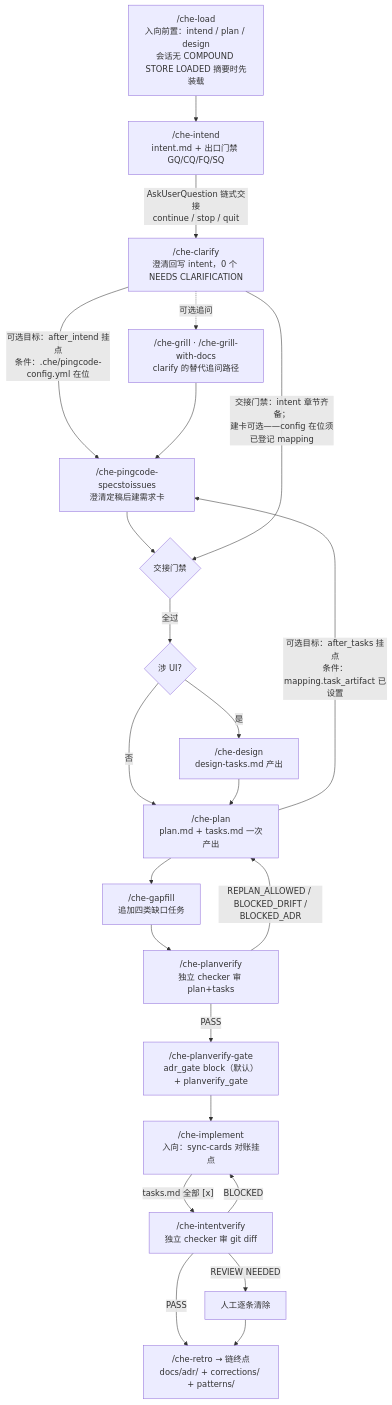
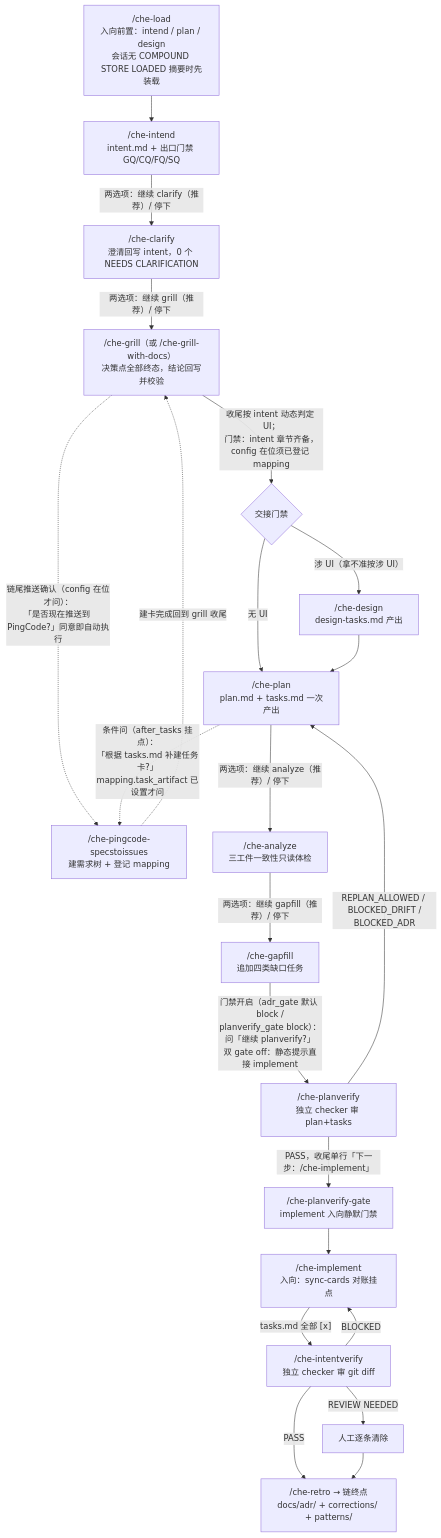
Before and after one commit to HJXArthurAtlas/Delivery-Harness: the diagram in docs/guides/技能交接流程.md, drawn with Mermaid. The commit also changed other lines of this file and 2 other files, not shown here.

Commit message:
docs(guides): 同步链式交互契约与 analyze 主链至三份指南

````diff
--- a/docs/guides/技能交接流程.md
+++ b/docs/guides/技能交接流程.md
@@ -9,24 +9,23 @@
 ```mermaid
 flowchart TD
     LOAD["/che-load<br/>入向前置：intend / plan / design<br/>会话无 COMPOUND STORE LOADED 摘要时先装载"] --> INTEND["/che-intend<br/>intent.md + 出口门禁 GQ/CQ/FQ/SQ"]
-    INTEND -->|"AskUserQuestion 链式交接<br/>continue / stop / quit"| CLARIFY["/che-clarify<br/>澄清回写 intent，0 个 NEEDS CLARIFICATION"]
-    CLARIFY -.->|"可选追问"| GRILL["/che-grill · /che-grill-with-docs<br/>clarify 的替代追问路径"]
-    CLARIFY -->|"可选目标：after_intend 挂点<br/>条件：.che/pingcode-config.yml 在位"| SPECS["/che-pingcode-specstoissues<br/>澄清定稿后建需求卡"]
-    GRILL --> SPECS
-    SPECS --> GA
-    CLARIFY -->|"交接门禁：intent 章节齐备；<br/>建卡可选——config 在位须已登记 mapping"| GA{交接门禁}
-    GA -->|全过| UI{涉 UI?}
-    UI -->|是| DESIGN["/che-design<br/>design-tasks.md 产出"]
-    UI -->|否| PLAN
-    DESIGN --> PLAN["/che-plan<br/>plan.md + tasks.md 一次产出"]
-    PLAN -->|"可选目标：after_tasks 挂点<br/>条件：mapping.task_artifact 已设置"| SPECS
-    PLAN --> GAPFILL["/che-gapfill<br/>追加四类缺口任务"]
-    GAPFILL --> PV["/che-planverify<br/>独立 checker 审 plan+tasks"]
-    PV -->|"PASS"| GATE["/che-planverify-gate<br/>adr_gate block（默认）+ planverify_gate"]
+    INTEND -->|"两选项：继续 clarify（推荐）/ 停下"| CLARIFY["/che-clarify<br/>澄清回写 intent，0 个 NEEDS CLARIFICATION"]
+    CLARIFY -->|"两选项：继续 grill（推荐）/ 停下"| GRILL["/che-grill（或 /che-grill-with-docs）<br/>决策点全部终态，结论回写并校验"]
+    GRILL -.->|"链尾推送确认（config 在位才问）：<br/>「是否现在推送到 PingCode?」同意即自动执行"| SPECS["/che-pingcode-specstoissues<br/>建需求树 + 登记 mapping"]
+    SPECS -.->|"建卡完成回到 grill 收尾"| GRILL
+    GRILL -->|"收尾按 intent 动态判定 UI；<br/>门禁：intent 章节齐备，config 在位须已登记 mapping"| GA{交接门禁}
+    GA -->|"涉 UI（拿不准按涉 UI）"| DESIGN["/che-design<br/>design-tasks.md 产出"]
+    GA -->|"无 UI"| PLAN["/che-plan<br/>plan.md + tasks.md 一次产出"]
+    DESIGN --> PLAN
+    PLAN -.->|"条件问（after_tasks 挂点）：<br/>「根据 tasks.md 补建任务卡?」<br/>mapping.task_artifact 已设置才问"| SPECS
+    PLAN -->|"两选项：继续 analyze（推荐）/ 停下"| ANALYZE["/che-analyze<br/>三工件一致性只读体检"]
+    ANALYZE -->|"两选项：继续 gapfill（推荐）/ 停下"| GAPFILL["/che-gapfill<br/>追加四类缺口任务"]
+    GAPFILL -->|"门禁开启（adr_gate 默认 block /<br/>planverify_gate block）：问「继续 planverify?」<br/>双 gate off：静态提示直接 implement"| PV["/che-planverify<br/>独立 checker 审 plan+tasks"]
+    PV -->|"PASS，收尾单行「下一步：/che-implement」"| GATE["/che-planverify-gate<br/>implement 入向静默门禁"]
     PV -->|"REPLAN_ALLOWED / BLOCKED_DRIFT /<br/>BLOCKED_ADR"| PLAN
     GATE --> IMPL["/che-implement<br/>入向：sync-cards 对账挂点"]
     IMPL -->|"tasks.md 全部 [x]"| IV["/che-intentverify<br/>独立 checker 审 git diff"]
     IV -->|"PASS"| RETRO["/che-retro → 链终点<br/>docs/adr/ + corrections/ + patterns/"]
     IV -->|"BLOCKED"| IMPL
     IV -->|"REVIEW NEEDED"| IVH["人工逐条清除"] --> RETRO
 ```
````
